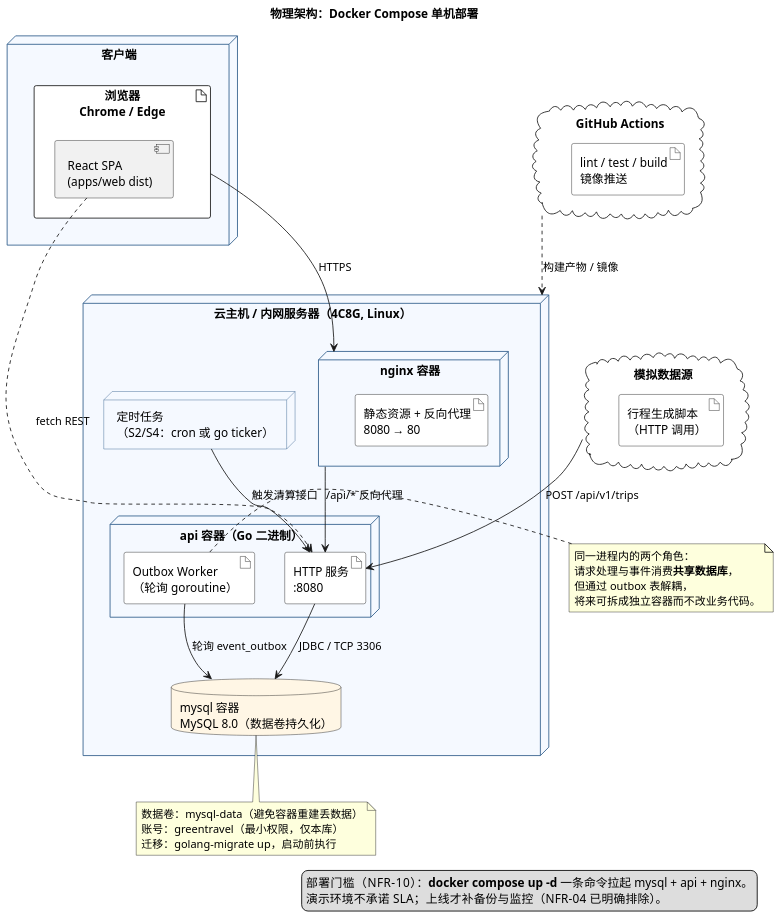
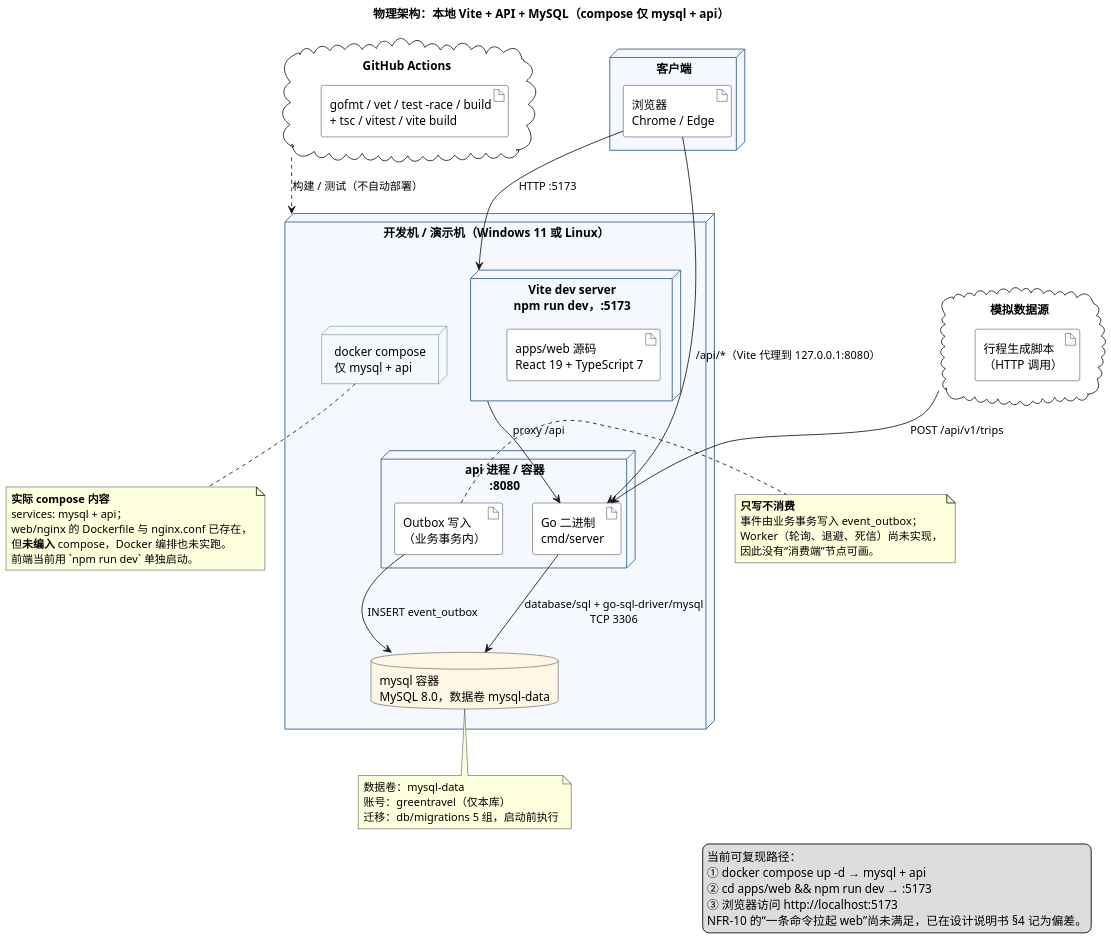
Before and after one commit to chiyan11/green-travel-points: the diagram in docs/uml/06-部署图.puml, drawn with PlantUML. The commit also changed 19 other files, not shown here.

Commit message:
docs(docs): 补齐 P1 设计规格、实验报告与 UML 交付

```diff
--- a/docs/uml/06-部署图.puml
+++ b/docs/uml/06-部署图.puml
@@ -1,75 +1,83 @@
 @startuml 图2-3 系统物理架构 部署图
-' 依据：设计说明书 2.1.3；deploy/docker-compose.yml
-' 场景：单台云主机（教学演示）+ 浏览器客户端；CI 在 GitHub Actions
+' 依据：docs/设计规格说明书.md §2.1.3；deploy/docker-compose.yml（2026-11-24 实际内容）
+' 事实：compose 只有 mysql + api；web 用 Vite dev server 单独启动；nginx 未编入；Worker 未实现
 
 skinparam defaultFontName "Microsoft YaHei"
 skinparam dpi 150
 skinparam shadowing false
 skinparam node {
   BackgroundColor #F5F9FF
   BorderColor #2E5C8A
 }
 skinparam databaseBackgroundColor #FFF6E5
 skinparam artifactBackgroundColor #FFFFFF
 
-title 物理架构：Docker Compose 单机部署
+title 物理架构：本地 Vite + API + MySQL（compose 仅 mysql + api）
 
 node "客户端" as client {
-  artifact "浏览器\nChrome / Edge" as browser {
-    component "React SPA\n(apps/web dist)" as spa
-  }
+  artifact "浏览器\nChrome / Edge" as browser
 }
 
-node "云主机 / 内网服务器（4C8G, Linux）" as host {
+node "开发机 / 演示机（Windows 11 或 Linux）" as host {
 
-  node "nginx 容器" as nginx {
-    artifact "静态资源 + 反向代理\n8080 → 80" as ngx
+  node "Vite dev server\nnpm run dev，:5173" as vite {
+    artifact "apps/web 源码\nReact 19 + TypeScript 7" as webapp
   }
 
-  node "api 容器（Go 二进制）" as apinode {
-    artifact "HTTP 服务\n:8080" as apisvc
-    artifact "Outbox Worker\n（轮询 goroutine）" as worker
+  node "api 进程 / 容器\n:8080" as apinode {
+    artifact "Go 二进制\ncmd/server" as apisvc
+    artifact "Outbox 写入\n（业务事务内）" as outboxwrite
   }
 
-  database "mysql 容器\nMySQL 8.0（数据卷持久化）" as mysql
+  database "mysql 容器\nMySQL 8.0，数据卷 mysql-data" as mysql
 
-  node "定时任务\n（S2/S4：cron 或 go ticker）" as cron
+  node "docker compose\n仅 mysql + api" as compose
 }
 
 cloud "GitHub Actions" as ci {
-  artifact "lint / test / build\n镜像推送" as pipeline
+  artifact "gofmt / vet / test -race / build\n+ tsc / vitest / vite build" as pipeline
 }
 
 cloud "模拟数据源" as sim {
   artifact "行程生成脚本\n（HTTP 调用）" as gen
 }
 
 ' ---------- 通信 ----------
-browser --> nginx : HTTPS
-nginx --> apisvc : /api/* 反向代理
-spa ..> apisvc : fetch REST
-apisvc --> mysql : JDBC / TCP 3306
-worker --> mysql : 轮询 event_outbox
-cron --> apisvc : 触发清算接口
+browser --> vite : HTTP :5173
+browser --> apisvc : /api/*（Vite 代理到 127.0.0.1:8080）
+vite --> apisvc : proxy /api
+apisvc --> mysql : database/sql + go-sql-driver/mysql\nTCP 3306
+outboxwrite --> mysql : INSERT event_outbox
 sim --> apisvc : POST /api/v1/trips
-ci ..> host : 构建产物 / 镜像
+ci ..> host : 构建 / 测试（不自动部署）
 
-note right of worker
-  同一进程内的两个角色：
-  请求处理与事件消费**共享数据库**，
-  但通过 outbox 表解耦，
-  将来可拆成独立容器而不改业务代码。
+note right of outboxwrite
+  **只写不消费**
+  事件由业务事务写入 event_outbox；
+  Worker（轮询、退避、死信）尚未实现，
+  因此没有“消费端”节点可画。
 end note
 
 note bottom of mysql
-  数据卷：mysql-data（避免容器重建丢数据）
-  账号：greentravel（最小权限，仅本库）
-  迁移：golang-migrate up，启动前执行
+  数据卷：mysql-data
+  账号：greentravel（仅本库）
+  迁移：db/migrations 5 组，启动前执行
+end note
+
+note bottom of compose
+  **实际 compose 内容**
+  services: mysql + api；
+  web/nginx 的 Dockerfile 与 nginx.conf 已存在，
+  但**未编入** compose，Docker 编排也未实跑。
+  前端当前用 `npm run dev` 单独启动。
 end note
 
 legend right
-  部署门槛（NFR-10）：**docker compose up -d** 一条命令拉起 mysql + api + nginx。
-  演示环境不承诺 SLA；上线才补备份与监控（NFR-04 已明确排除）。
+  当前可复现路径：
+  ① docker compose up -d  → mysql + api
+  ② cd apps/web && npm run dev → :5173
+  ③ 浏览器访问 http://localhost:5173
+  NFR-10 的“一条命令拉起 web”尚未满足，已在设计说明书 §4 记为偏差。
 endlegend
 
 @enduml
```
